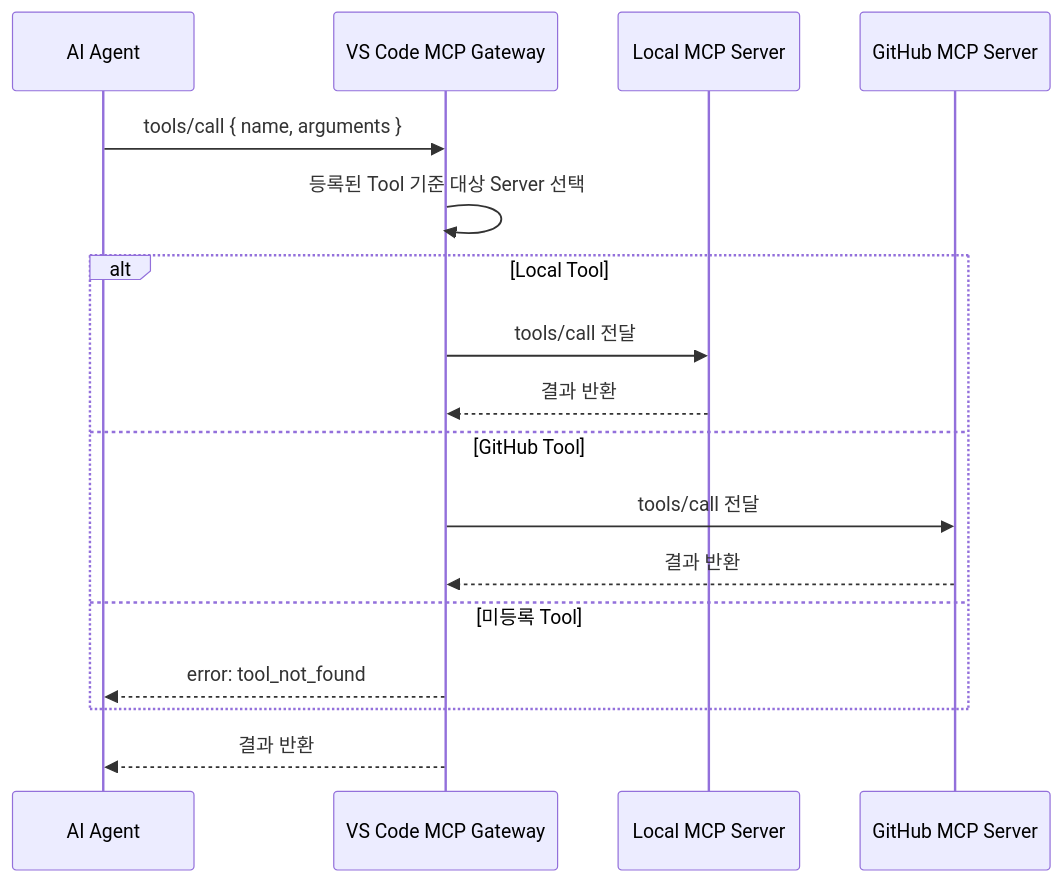
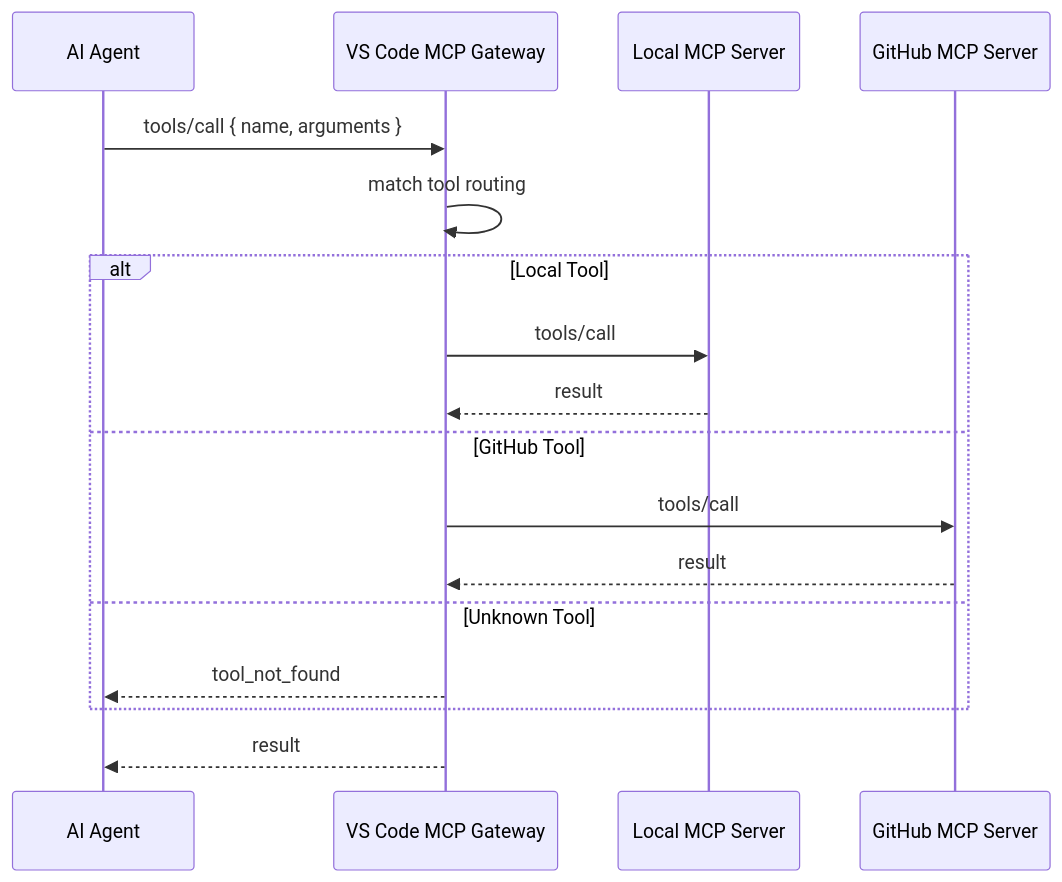
One commit to JeonghunLee/local-ai-agent-mcp changed the diagram in docs/mcp/mcp_gateway.md. Above: the diagram before and after it, drawn with Mermaid. The commit also changed other lines of this file and 17 other files, not shown here.

````diff
--- a/docs/mcp/mcp_gateway.md
+++ b/docs/mcp/mcp_gateway.md
@@ -100,22 +79,22 @@
 ```mermaid
 sequenceDiagram
     participant A as AI Agent
     participant G as VS Code MCP Gateway
     participant L as Local MCP Server
     participant GH as GitHub MCP Server
 
     A->>G: tools/call { name, arguments }
-    G->>G: 등록된 Tool 기준 대상 Server 선택
+    G->>G: match tool routing
 
     alt Local Tool
-        G->>L: tools/call 전달
-        L-->>G: 결과 반환
+        G->>L: tools/call
+        L-->>G: result
     else GitHub Tool
-        G->>GH: tools/call 전달
-        GH-->>G: 결과 반환
-    else 미등록 Tool
-        G-->>A: error: tool_not_found
+        G->>GH: tools/call
+        GH-->>G: result
+    else Unknown Tool
+        G-->>A: tool_not_found
     end
 
-    G-->>A: 결과 반환
+    G-->>A: result
 ```
````
